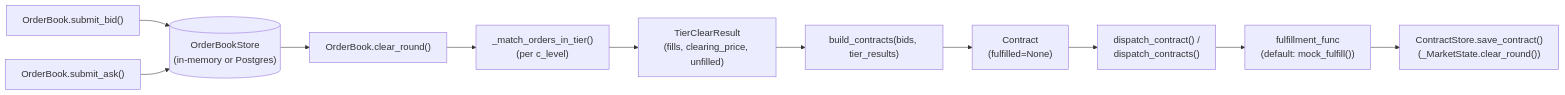
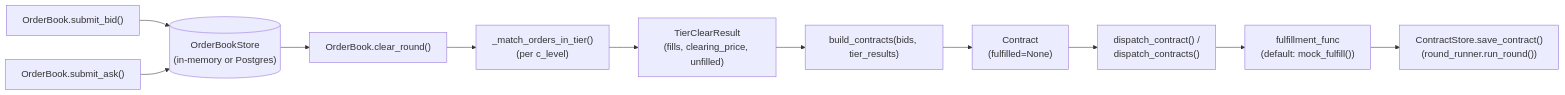
Before and after one commit to GokuHashira/gpsaggese.github.io: the third of 5 diagrams in research/Noesis/docs/design.architecture.md, drawn with Mermaid. The commit also changed other lines of this file and 11 other files, not shown here.

Commit message:
Extract library-level market round runner (gpsaggese/umd_classes#651) (#752)

````diff
--- a/research/Noesis/docs/design.architecture.md
+++ b/research/Noesis/docs/design.architecture.md
@@ -246,14 +249,14 @@
 ```mermaid
 %%{init: {"themeVariables": {"fontSize": "18px"}, "flowchart": {"nodeSpacing": 45, "rankSpacing": 55}}}%%
 flowchart LR
     submit_bid["OrderBook.submit_bid()"] --> store[("OrderBookStore<br/>(in-memory or Postgres)")]
     submit_ask["OrderBook.submit_ask()"] --> store
     store --> clear_round["OrderBook.clear_round()"]
     clear_round --> match["_match_orders_in_tier()<br/>(per c_level)"]
     match --> tier_result["TierClearResult<br/>(fills, clearing_price, unfilled)"]
     tier_result --> build["build_contracts(bids, tier_results)"]
     build --> contract["Contract<br/>(fulfilled=None)"]
     contract --> dispatch["dispatch_contract() /<br/>dispatch_contracts()"]
     dispatch --> fulfill["fulfillment_func<br/>(default: mock_fulfill())"]
-    fulfill --> save["ContractStore.save_contract()<br/>(_MarketState.clear_round())"]
+    fulfill --> save["ContractStore.save_contract()<br/>(round_runner.run_round())"]
 ```
````
